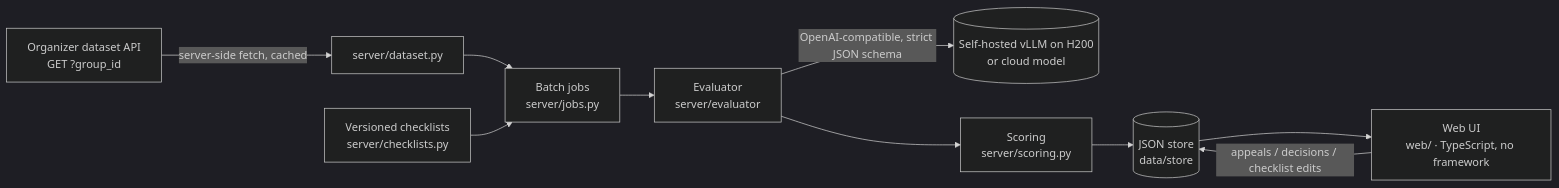
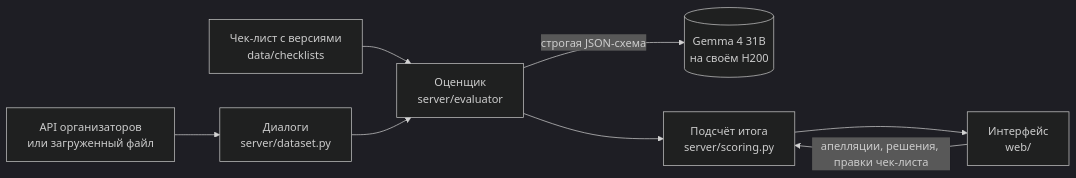
Before and after one commit to batyrkhan4ikdev/data-challenge_110726: the diagram in README.md, drawn with Mermaid (dark theme). The commit also changed other lines of this file and 1 other file, not shown here.

````diff
--- a/README.md
+++ b/README.md
@@ -14,12 +89,10 @@
 ```mermaid
 flowchart LR
-  API[Organizer dataset API<br/>GET ?group_id] -->|server-side fetch, cached| DS[server/dataset.py]
-  DS --> J[Batch jobs<br/>server/jobs.py]
-  CL[Versioned checklists<br/>server/checklists.py] --> J
-  J --> EV[Evaluator<br/>server/evaluator]
-  EV -->|OpenAI-compatible, strict JSON schema| LLM[(Self-hosted vLLM on H200<br/>or cloud model)]
-  EV --> SC[Scoring<br/>server/scoring.py]
-  SC --> ST[(JSON store<br/>data/store)]
-  ST --> UI[Web UI<br/>web/ · TypeScript, no framework]
-  UI -->|appeals / decisions / checklist edits| ST
+  API["API организаторов<br/>или загруженный файл"] --> DS["Диалоги<br/>server/dataset.py"]
+  CL["Чек-лист с версиями<br/>data/checklists"] --> EV["Оценщик<br/>server/evaluator"]
+  DS --> EV
+  EV -->|"строгая JSON-схема"| LLM[("Gemma 4 31B<br/>на своём H200")]
+  EV --> SC["Подсчёт итога<br/>server/scoring.py"]
+  SC --> UI["Интерфейс<br/>web/"]
+  UI -->|"апелляции, решения, правки чек-листа"| SC
 ```
````
